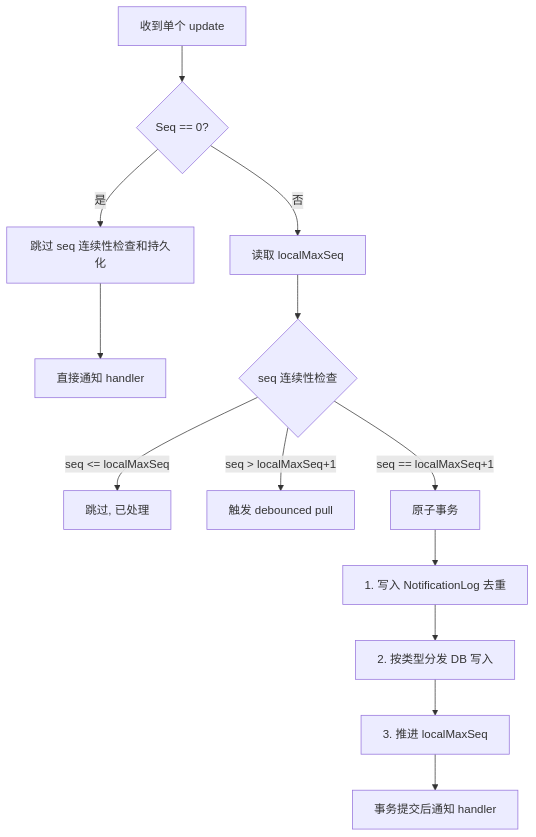
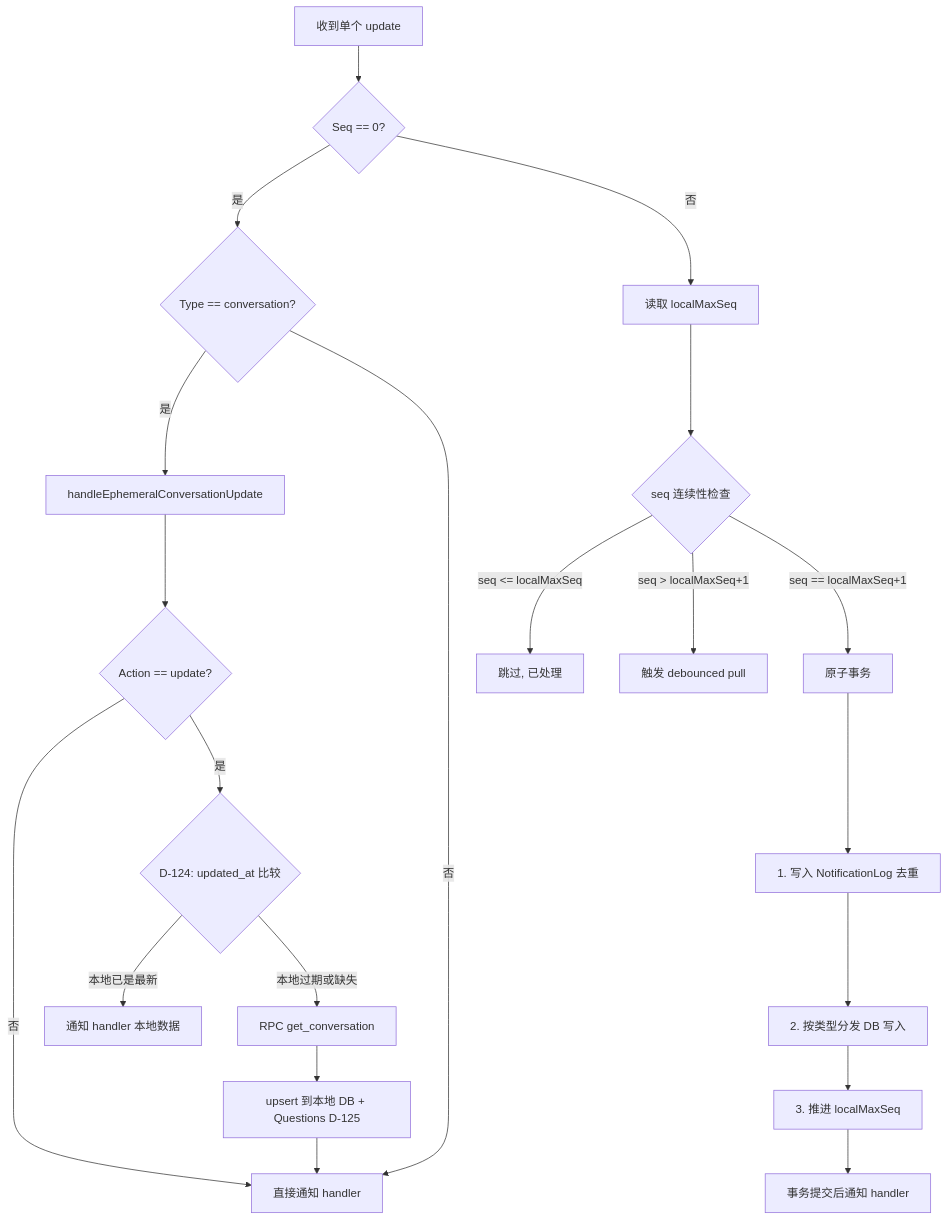
Before and after one commit to PineappleBond/xyncra-server: the ninth of 12 diagrams in wiki/flows/sync-updates.md, drawn with Mermaid. The commit also changed other lines of this file and 12 other files, not shown here.

First line of the commit message:
docs(wiki): accuracy improvements across flow documents

````diff
--- a/wiki/flows/sync-updates.md
+++ b/wiki/flows/sync-updates.md
@@ -312,15 +312,23 @@
 ```mermaid
 flowchart TD
     A[收到单个 update] --> B{Seq == 0?}
-    B -->|是| C[跳过 seq 连续性检查和持久化]
-    C --> D[直接通知 handler]
-    B -->|否| E[读取 localMaxSeq]
-    E --> F{seq 连续性检查}
-    F -->|seq <= localMaxSeq| G[跳过, 已处理]
-    F -->|seq > localMaxSeq+1| H[触发 debounced pull]
-    F -->|seq == localMaxSeq+1| I[原子事务]
-    I --> J[1. 写入 NotificationLog 去重]
-    J --> K[2. 按类型分发 DB 写入]
-    K --> L[3. 推进 localMaxSeq]
-    L --> M[事务提交后通知 handler]
+    B -->|是| C{Type == conversation?}
+    C -->|是| D[handleEphemeralConversationUpdate]
+    D --> D1{Action == update?}
+    D1 -->|否| E[直接通知 handler]
+    D1 -->|是| D2{D-124: updated_at 比较}
+    D2 -->|本地已是最新| D3[通知 handler 本地数据]
+    D2 -->|本地过期或缺失| D4[RPC get_conversation]
+    D4 --> D5[upsert 到本地 DB + Questions D-125]
+    D5 --> E
+    C -->|否| E
+    B -->|否| F[读取 localMaxSeq]
+    F --> G{seq 连续性检查}
+    G -->|seq <= localMaxSeq| H[跳过, 已处理]
+    G -->|seq > localMaxSeq+1| I[触发 debounced pull]
+    G -->|seq == localMaxSeq+1| J[原子事务]
+    J --> K[1. 写入 NotificationLog 去重]
+    K --> L[2. 按类型分发 DB 写入]
+    L --> M[3. 推进 localMaxSeq]
+    M --> N[事务提交后通知 handler]
 ```
````
